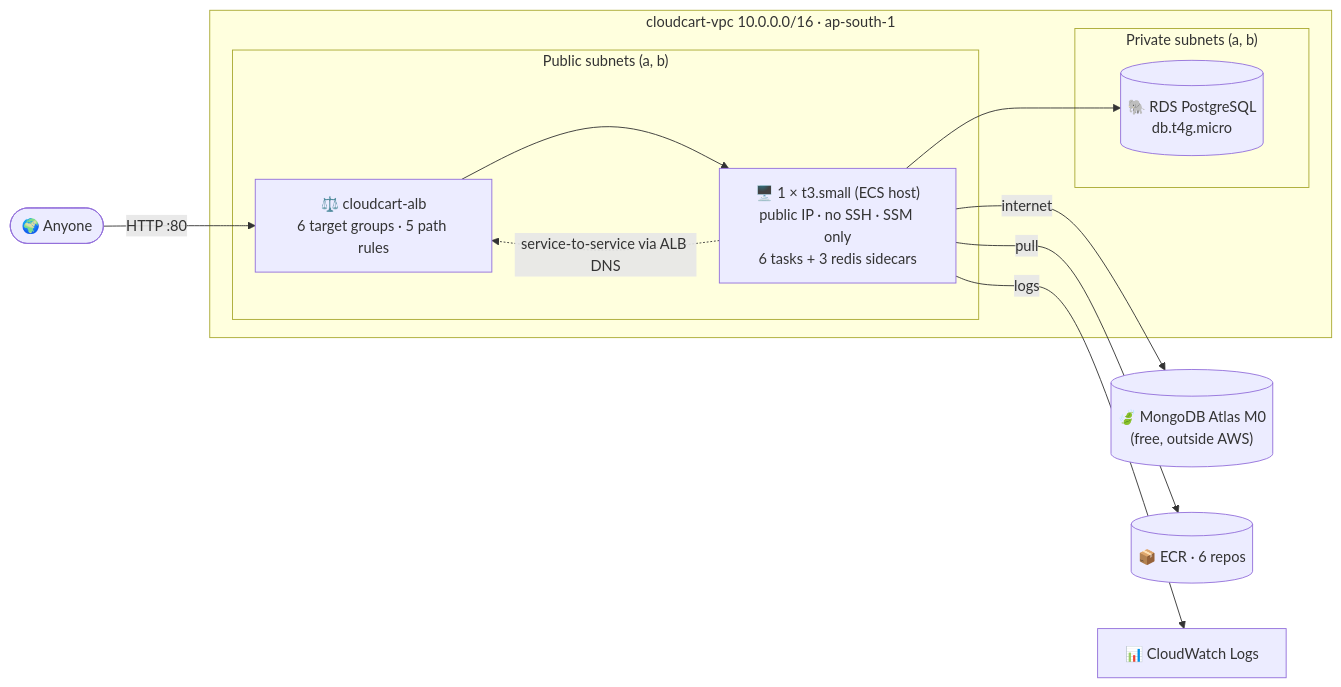
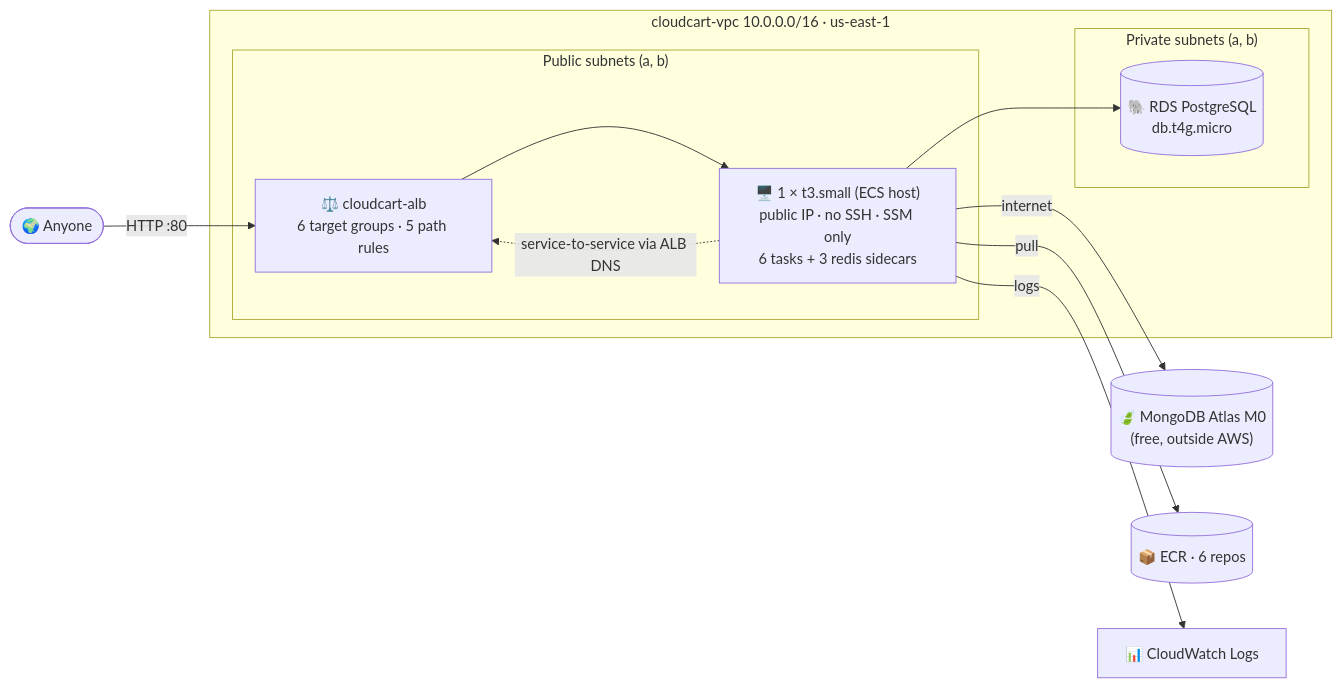
Before and after one commit to abhisheksah255/CloudCart: the diagram in docs/04-aws-stage1-mvp.md, drawn with Mermaid. The commit also changed other lines of this file and 27 other files, not shown here.

````diff
--- a/docs/04-aws-stage1-mvp.md
+++ b/docs/04-aws-stage1-mvp.md
@@ -9,20 +9,20 @@
 ```mermaid
 flowchart LR
     U([🌍 Anyone]) -->|HTTP :80| ALB
 
-    subgraph VPC["cloudcart-vpc 10.0.0.0/16 · ap-south-1"]
+    subgraph VPC["cloudcart-vpc 10.0.0.0/16 · us-east-1"]
         subgraph PUB["Public subnets (a, b)"]
             ALB["⚖️ cloudcart-alb<br/>6 target groups · 5 path rules"]
             EC2["🖥️ 1 × t3.small (ECS host)<br/>public IP · no SSH · SSM only<br/>6 tasks + 3 redis sidecars"]
         end
         subgraph PRIV["Private subnets (a, b)"]
             RDS[("🐘 RDS PostgreSQL<br/>db.t4g.micro")]
         end
     end
     ALB --> EC2
     EC2 --> RDS
     EC2 -->|internet| ATLAS[("🍃 MongoDB Atlas M0<br/>(free, outside AWS)")]
     EC2 -->|pull| ECR[("📦 ECR · 6 repos")]
     EC2 -->|logs| CW["📊 CloudWatch Logs"]
     EC2 -.->|service-to-service via ALB DNS| ALB
 ```
````
